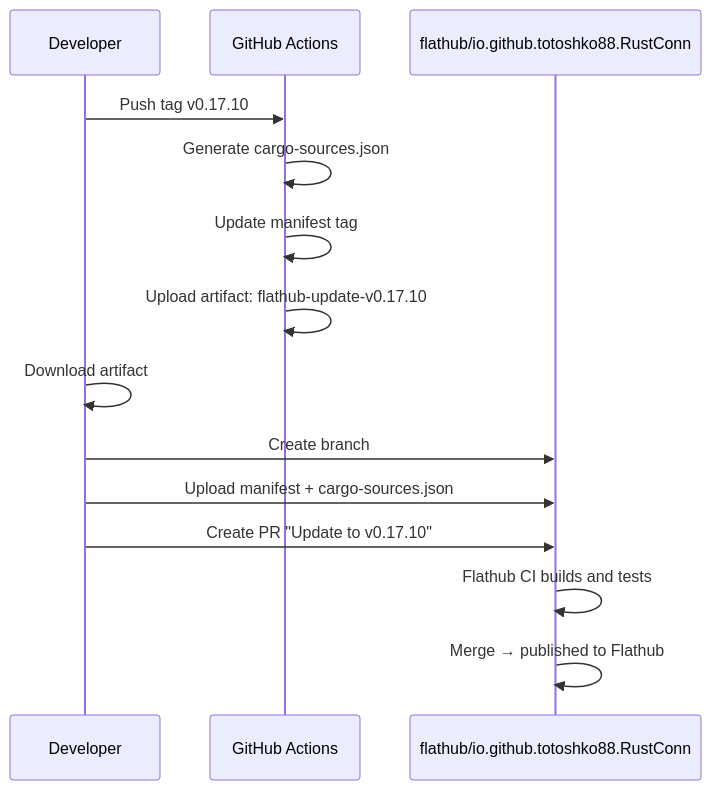
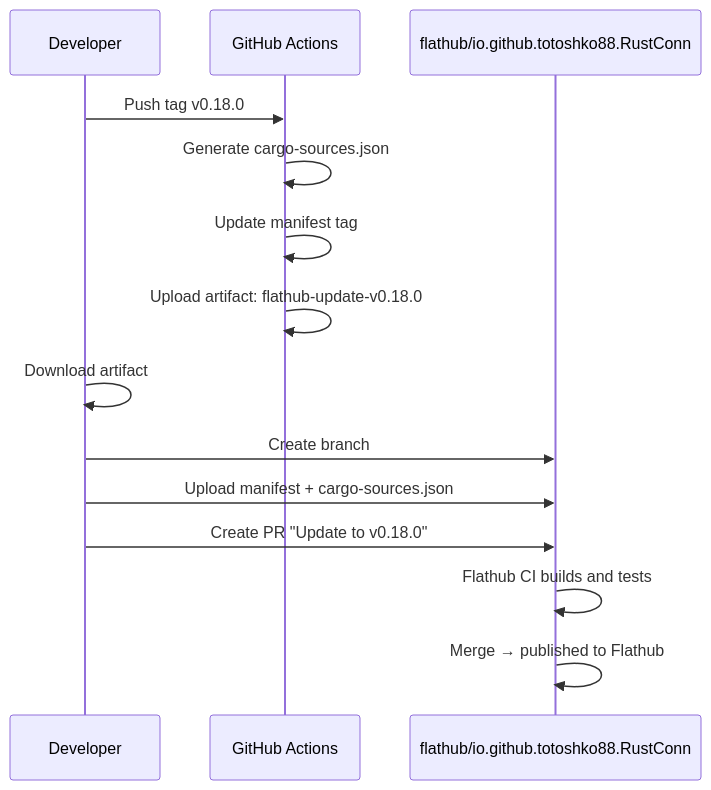
The sixth of 6 diagrams in docs/CI_BUILD_FLOW.md (shanecaf/RustConn), drawn with Mermaid before and after one commit. The commit also changed other lines of this file and 21 other files, not shown here.

````diff
--- a/docs/CI_BUILD_FLOW.md
+++ b/docs/CI_BUILD_FLOW.md
@@ -255,18 +255,18 @@
 ```mermaid
 sequenceDiagram
     participant Dev as Developer
     participant GH as GitHub Actions
     participant FH as flathub/io.github.totoshko88.RustConn
 
-    Dev->>GH: Push tag v0.17.10
+    Dev->>GH: Push tag v0.18.0
     GH->>GH: Generate cargo-sources.json
     GH->>GH: Update manifest tag
-    GH->>GH: Upload artifact: flathub-update-v0.17.10
+    GH->>GH: Upload artifact: flathub-update-v0.18.0
 
     Dev->>Dev: Download artifact
     Dev->>FH: Create branch
     Dev->>FH: Upload manifest + cargo-sources.json
-    Dev->>FH: Create PR "Update to v0.17.10"
+    Dev->>FH: Create PR "Update to v0.18.0"
     FH->>FH: Flathub CI builds and tests
     FH->>FH: Merge → published to Flathub
 ```
````
